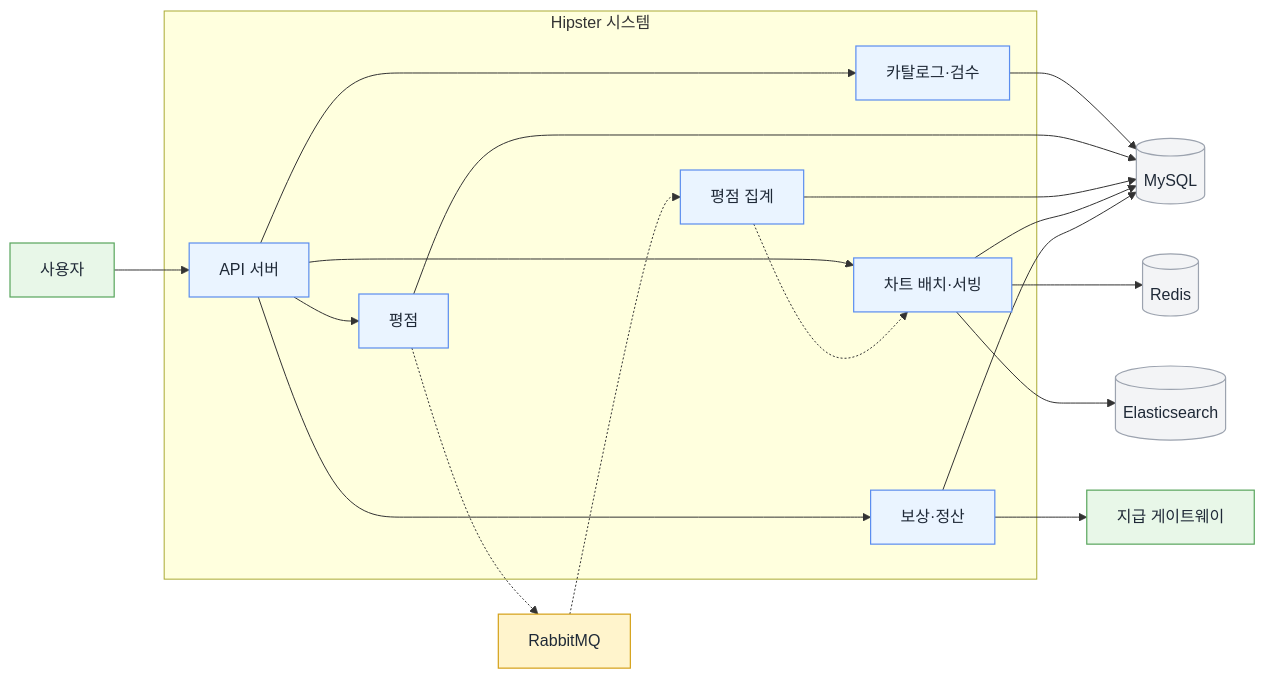
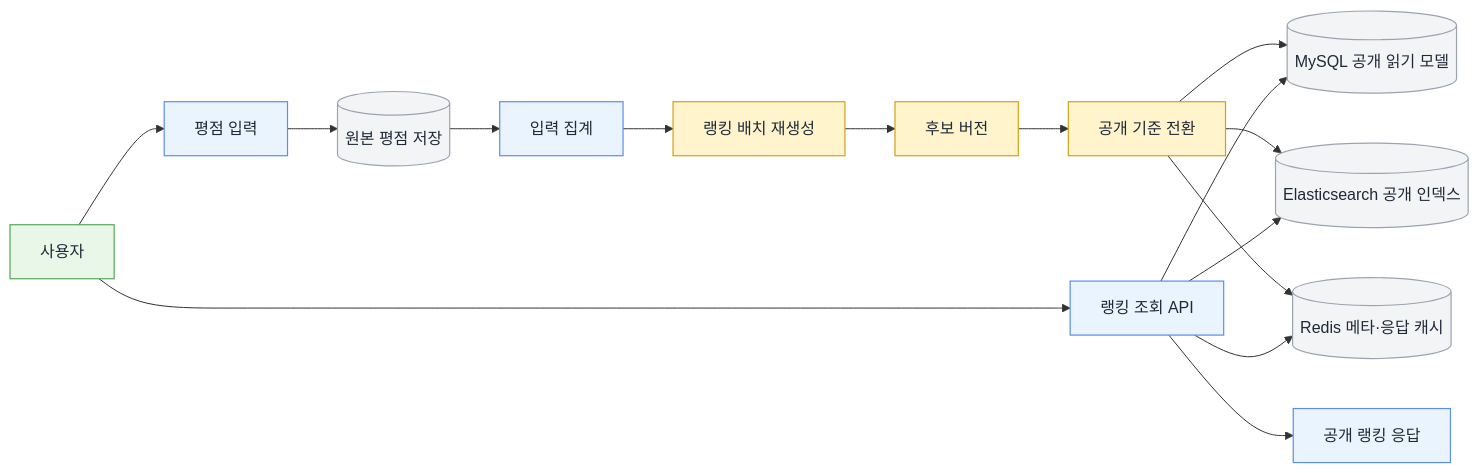
The first of 3 diagrams in README.md (joohyeongzz81/hipster), drawn with Mermaid before and after one commit. The commit also changed other lines of this file and 7 other files, not shown here.

````diff
--- a/README.md
+++ b/README.md
@@ -117,49 +241,40 @@
 ```mermaid
 flowchart LR
-    U[사용자]
-    DB[(MySQL)]
-    MQ[RabbitMQ]
-    CACHE[(Redis)]
-    ES[(Elasticsearch)]
-    PAY[지급 게이트웨이]
+    USER[사용자]
+    RATE[평점 입력]
+    RAW[(원본 평점 저장)]
+    AGG[입력 집계]
+    BATCH[랭킹 배치 재생성]
+    CAND[후보 버전]
+    PUB[공개 기준 전환]
+    MYSQL[(MySQL 공개 읽기 모델)]
+    ES[(Elasticsearch 공개 인덱스)]
+    REDIS[(Redis 메타·응답 캐시)]
+    API[랭킹 조회 API]
+    RESP[공개 랭킹 응답]
 
-    subgraph SYS[Hipster 시스템]
-        API[API 서버]
-        CAT[카탈로그·검수]
-        RATE[평점]
-        SUM[평점 집계]
-        CHART[차트 배치·서빙]
-        MONEY[보상·정산]
-    end
+    USER --> RATE
+    RATE --> RAW
+    RAW --> AGG
+    AGG --> BATCH --> CAND --> PUB
 
-    U --> API
+    PUB --> MYSQL
+    PUB --> ES
+    PUB --> REDIS
 
-    API --> CAT
-    API --> RATE
-    API --> CHART
-    API --> MONEY
-
-    CAT --> DB
-    RATE --> DB
-    SUM --> DB
-    CHART --> DB
-    MONEY --> DB
-
-    RATE -.-> MQ
-    MQ -.-> SUM
-    SUM -.-> CHART
-
-    CHART --> CACHE
-    CHART --> ES
-    MONEY --> PAY
+    USER --> API
+    API --> REDIS
+    API --> ES
+    API --> MYSQL
+    API --> RESP
 
     classDef process fill:#eaf4ff,stroke:#5b8def,color:#1f2937,stroke-width:1.2px;
     classDef batch fill:#fff4cc,stroke:#d4a017,color:#1f2937,stroke-width:1.2px;
     classDef store fill:#f3f4f6,stroke:#9ca3af,color:#1f2937,stroke-width:1.2px;
     classDef external fill:#e8f7e8,stroke:#58a55c,color:#1f2937,stroke-width:1.2px;
 
-    class API,CAT,RATE,SUM,CHART,MONEY process;
-    class MQ batch;
-    class DB,CACHE,ES store;
-    class U,PAY external;
+    class RATE,AGG,API,RESP process;
+    class BATCH,CAND,PUB batch;
+    class RAW,MYSQL,ES,REDIS store;
+    class USER external;
 ```
````
